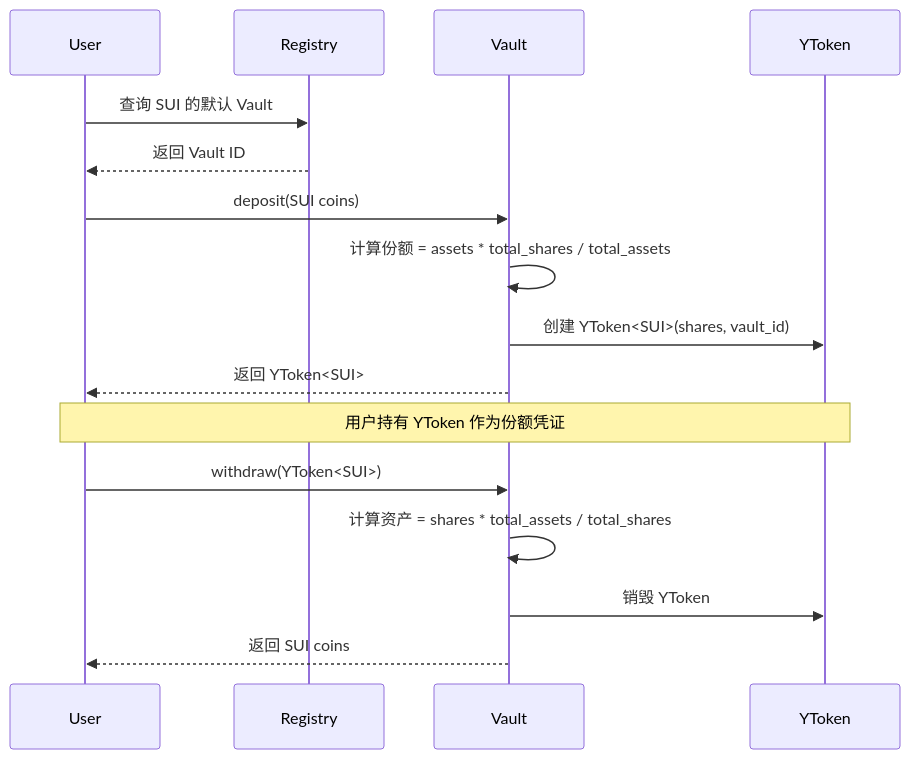
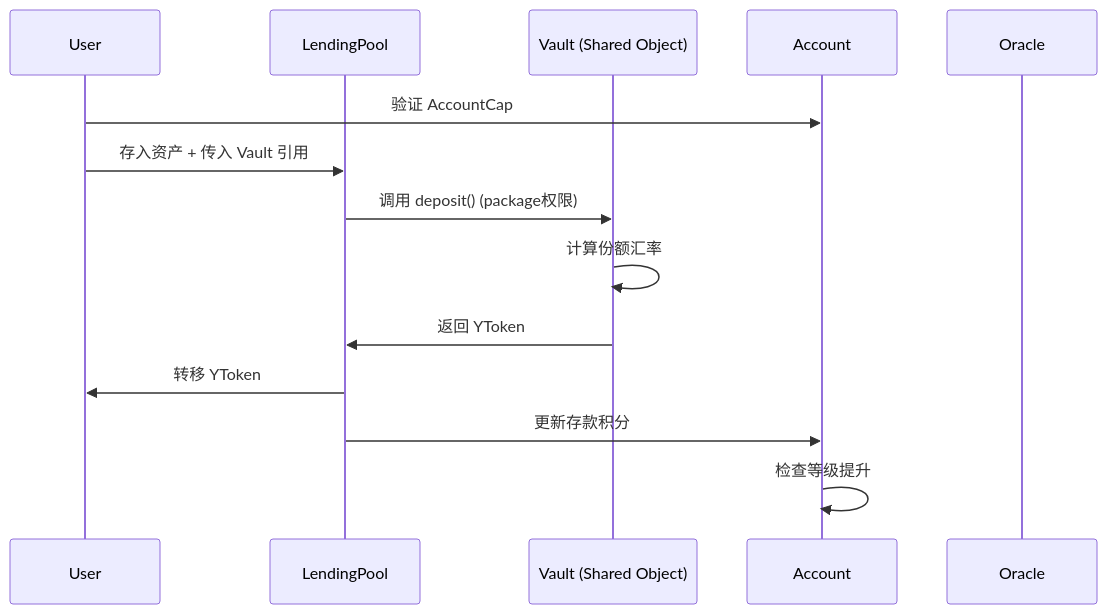
One commit to OlendLabs/sui-olend-smart-contracts changed the second of 4 diagrams in .kiro/specs/olend-defi-platform/design.md. Above: the diagram before and after it, drawn with Mermaid. The commit also changed other lines of this file and 2 other files, not shown here.

````diff
--- a/.kiro/specs/olend-defi-platform/design.md
+++ b/.kiro/specs/olend-defi-platform/design.md
@@ -358,21 +513,17 @@
 ```mermaid
 sequenceDiagram
     participant User
-    participant Registry
-    participant Vault
-    participant YToken
-    
-    User->>Registry: 查询 SUI 的默认 Vault
-    Registry-->>User: 返回 Vault ID
-    User->>Vault: deposit(SUI coins)
-    Vault->>Vault: 计算份额 = assets * total_shares / total_assets
-    Vault->>YToken: 创建 YToken<SUI>(shares, vault_id)
-    Vault-->>User: 返回 YToken<SUI>
-    
-    Note over User,YToken: 用户持有 YToken 作为份额凭证
-    
-    User->>Vault: withdraw(YToken<SUI>)
-    Vault->>Vault: 计算资产 = shares * total_assets / total_shares
-    Vault->>YToken: 销毁 YToken
-    Vault-->>User: 返回 SUI coins
+    participant LendingPool
+    participant Vault as Vault (Shared Object)
+    participant Account
+    participant Oracle
+
+    User->>Account: 验证 AccountCap
+    User->>LendingPool: 存入资产 + 传入 Vault 引用
+    LendingPool->>Vault: 调用 deposit() (package权限)
+    Vault->>Vault: 计算份额汇率
+    Vault->>LendingPool: 返回 YToken
+    LendingPool->>User: 转移 YToken
+    LendingPool->>Account: 更新存款积分
+    Account->>Account: 检查等级提升
 ```
````
